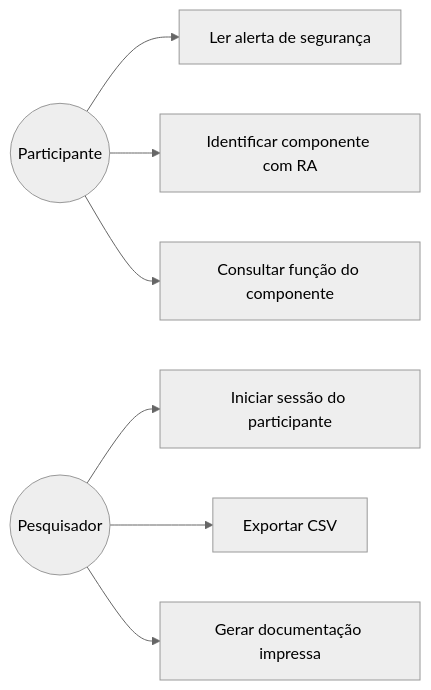
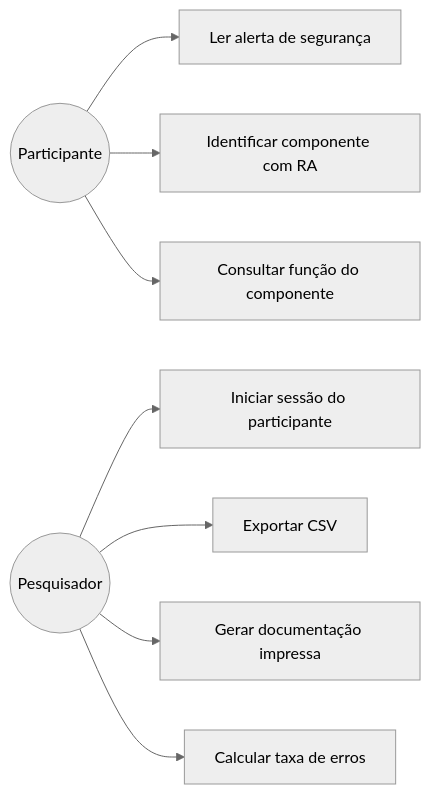
The third of 3 diagrams in README.md (KauanHYT/UPX8---Painel-Eletrico), drawn with Mermaid (neutral theme) before and after one commit. The commit also changed other lines of this file and 10 other files, not shown here.

````diff
--- a/README.md
+++ b/README.md
@@ -385,11 +472,12 @@
 ```mermaid
 flowchart LR
     P((Participante))
     R((Pesquisador))
     P --> UC1[Ler alerta de segurança]
     P --> UC2[Identificar componente com RA]
     P --> UC3[Consultar função do componente]
     R --> UC4[Iniciar sessão do participante]
     R --> UC5[Exportar CSV]
     R --> UC6[Gerar documentação impressa]
+    R --> UC7[Calcular taxa de erros]
 ```
````
